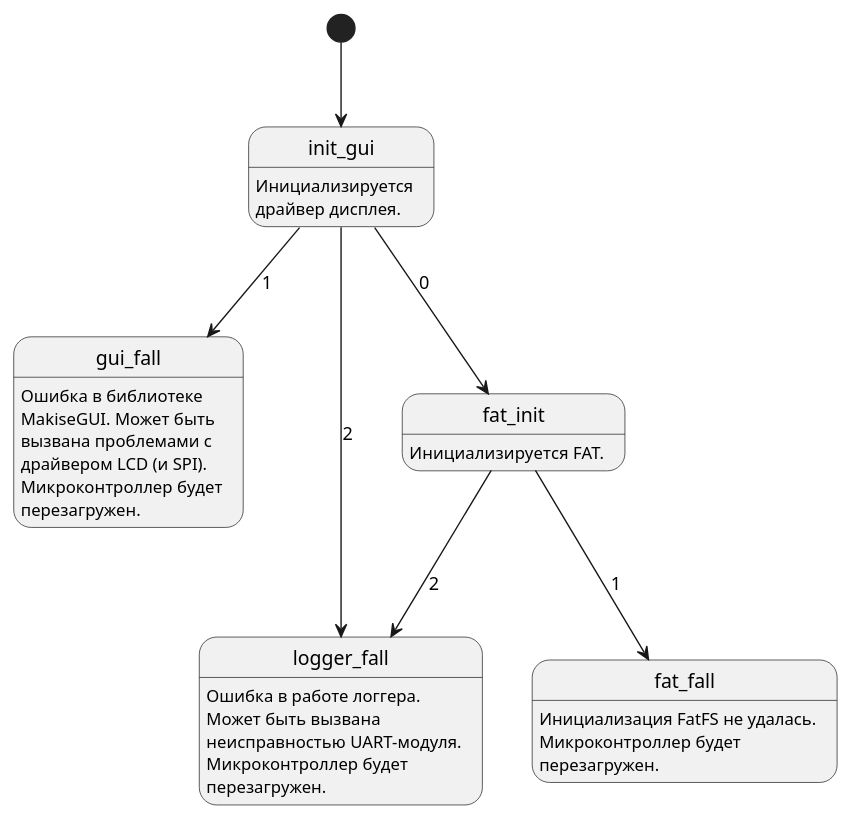
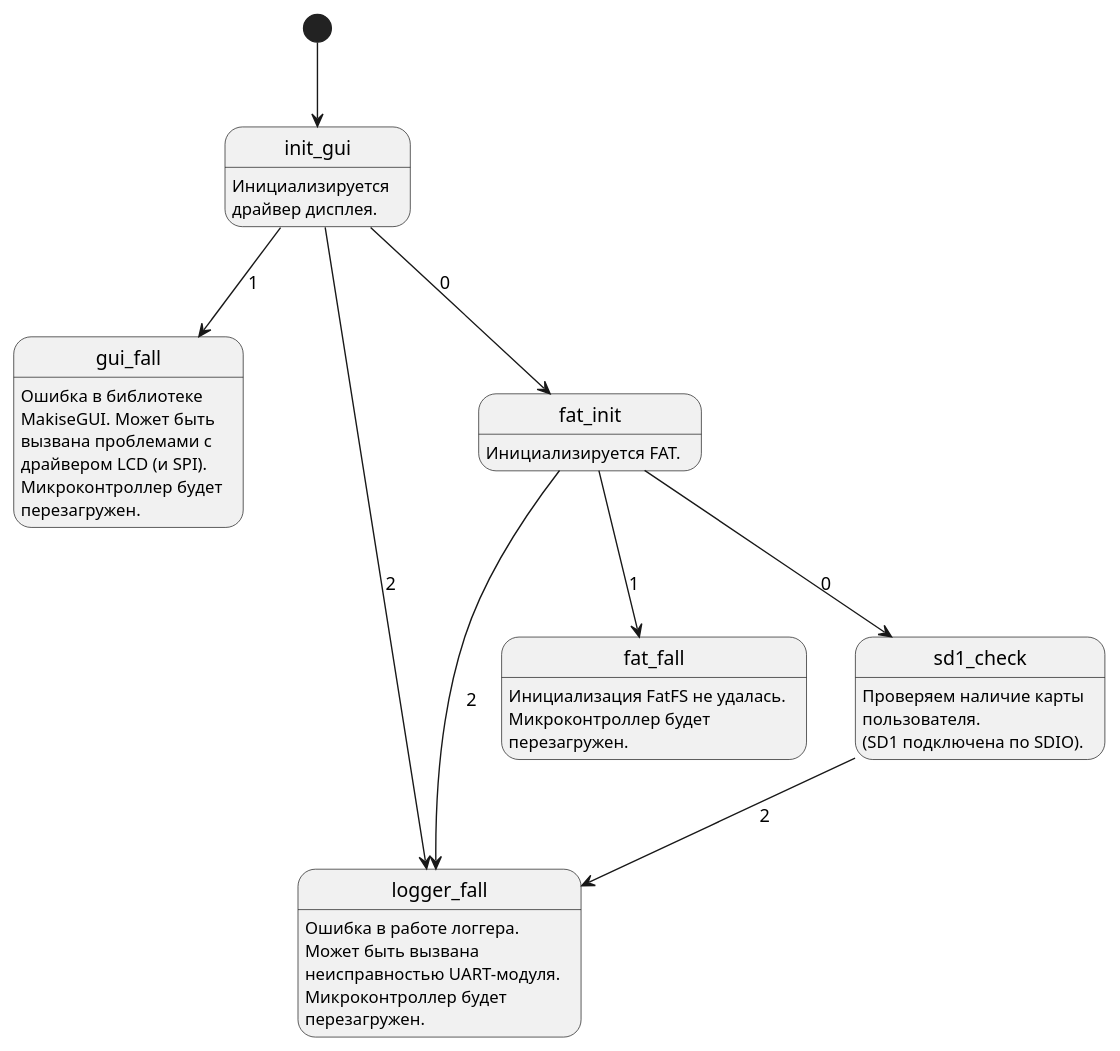
The diagram in user_code/fsm/tree/ayplayer_main_task_fsm.pu (Vadimatorik/ChiptunePlayer-2.22), drawn with PlantUML before and after one commit. The commit also changed 7 other files, not shown here.

Commit message:
Успешно проверяется карты по SDIO.

```diff
--- a/user_code/fsm/tree/ayplayer_main_task_fsm.pu
+++ b/user_code/fsm/tree/ayplayer_main_task_fsm.pu
@@ -1,44 +1,54 @@
 @startuml
 
 [*] --> start
 
 state "init_gui" as start {
 start: Инициализируется 
 start: драйвер дисплея.
 }
 
 start --> fgui: 1 
 start --> fl: 2
 state "gui_fall" as fgui {
 fgui: Ошибка в библиотеке 
 fgui: MakiseGUI. Может быть 
 fgui: вызвана проблемами с 
 fgui: драйвером LCD (и SPI).
 fgui: Микроконтроллер будет 
 fgui: перезагружен.
 }
 
 state "logger_fall" as fl {
 fl: Ошибка в работе логгера.
 fl: Может быть вызвана 
 fl: неисправностью UART-модуля.
 fl: Микроконтроллер будет 
 fl: перезагружен.
 }
 
 start --> s1: 0
 
 state "fat_init" as s1 {
 s1: Инициализируется FAT.
 }
 
 s1 --> ffat: 1
 s1 --> fl: 2
 
 state "fat_fall" as ffat {
 ffat: Инициализация FatFS не удалась. 
 ffat: Микроконтроллер будет 
 ffat: перезагружен.
 }
 
+s1 --> s2: 0
+
+state "sd1_check" as s2 {
+s2: Проверяем наличие карты 
+s2: пользователя. 
+s2: (SD1 подключена по SDIO).
+}
+
+s2 --> fl: 2
+
 @enduml
```
